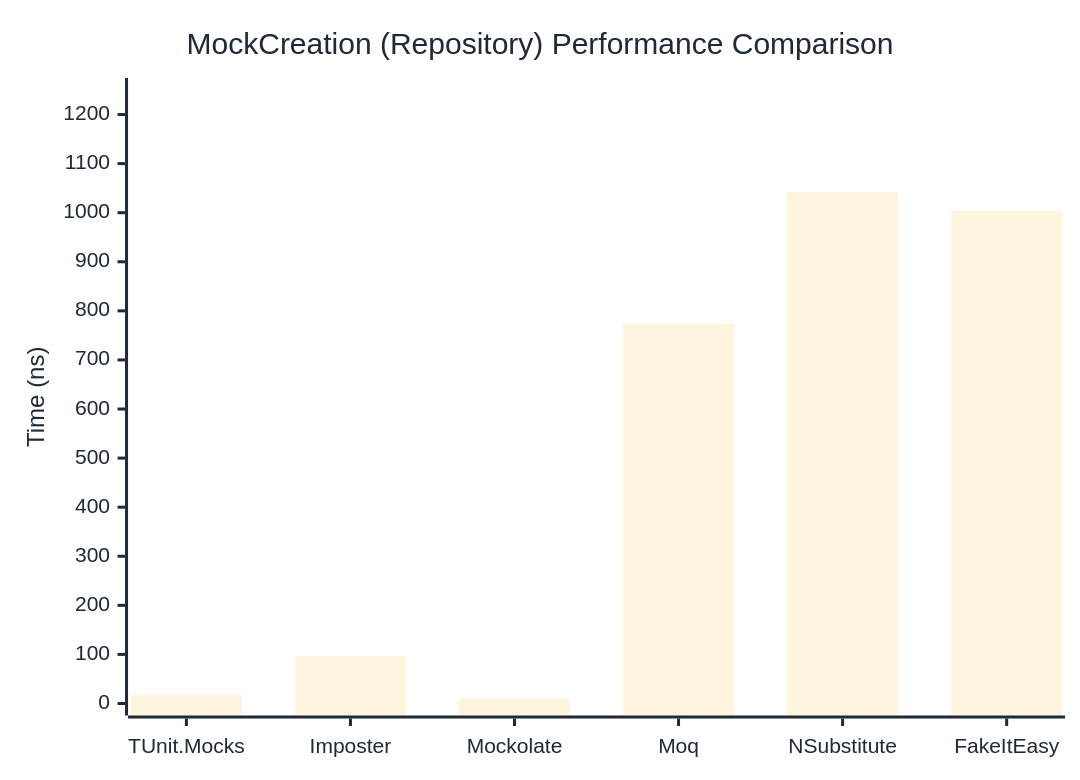
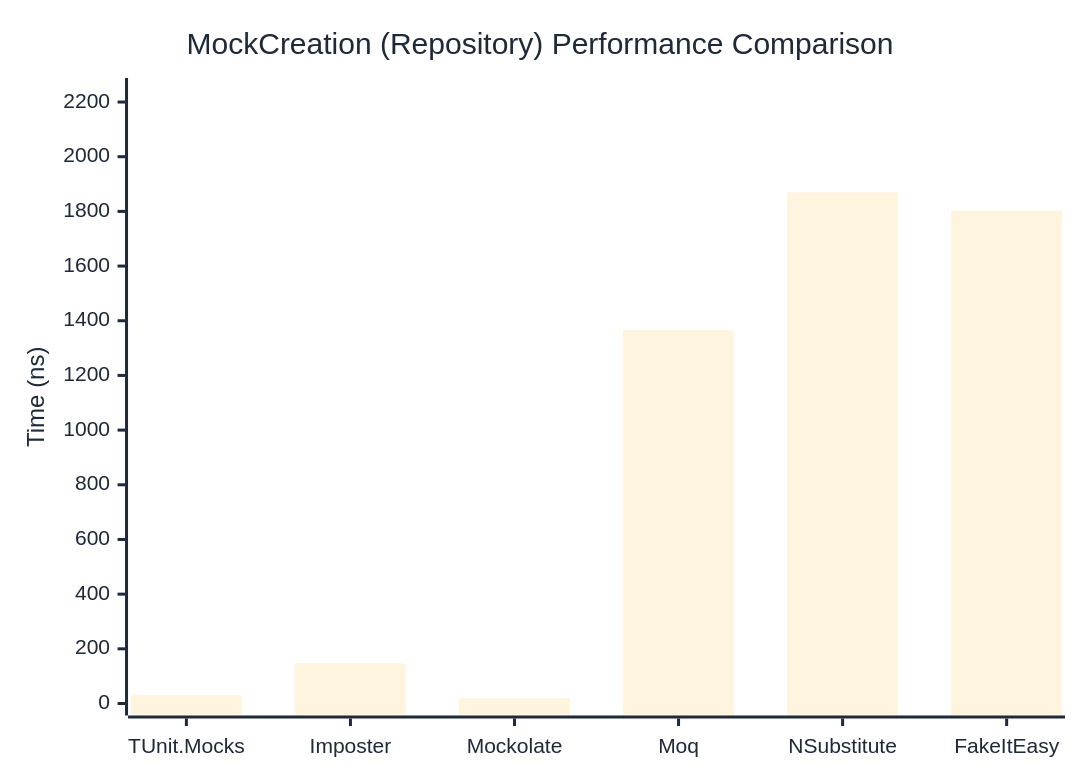
One commit to thomhurst/TUnit changed the second of 2 diagrams in docs/docs/benchmarks/mocks/MockCreation.md. Above: the diagram before and after it, drawn with Mermaid. The commit also changed other lines of this file and 14 other files, not shown here.

````diff
--- a/docs/docs/benchmarks/mocks/MockCreation.md
+++ b/docs/docs/benchmarks/mocks/MockCreation.md
@@ -71,27 +71,27 @@
 ```mermaid
 %%{init: {
   'theme':'base',
   'themeVariables': {
     'primaryColor': '#2563eb',
     'primaryTextColor': '#1f2937',
     'primaryBorderColor': '#1e40af',
     'lineColor': '#6b7280',
     'secondaryColor': '#7c3aed',
     'tertiaryColor': '#dc2626',
     'background': '#ffffff',
     'pie1': '#2563eb',
     'pie2': '#7c3aed',
     'pie3': '#dc2626',
     'pie4': '#f59e0b',
     'pie5': '#10b981',
     'pie6': '#06b6d4',
     'pie7': '#ec4899',
     'pie8': '#6366f1'
   }
 }}%%
 xychart-beta
   title "MockCreation (Repository) Performance Comparison"
   x-axis ["TUnit.Mocks", "Imposter", "Mockolate", "Moq", "NSubstitute", "FakeItEasy"]
-  y-axis "Time (ns)" 0 --> 1250
-  bar [17.239, 96.826, 10.583, 774.138, 1041.628, 1003.743]
+  y-axis "Time (ns)" 0 --> 2244
+  bar [30.21, 146.84, 19.06, 1366, 1869.53, 1802.65]
 ```
````
